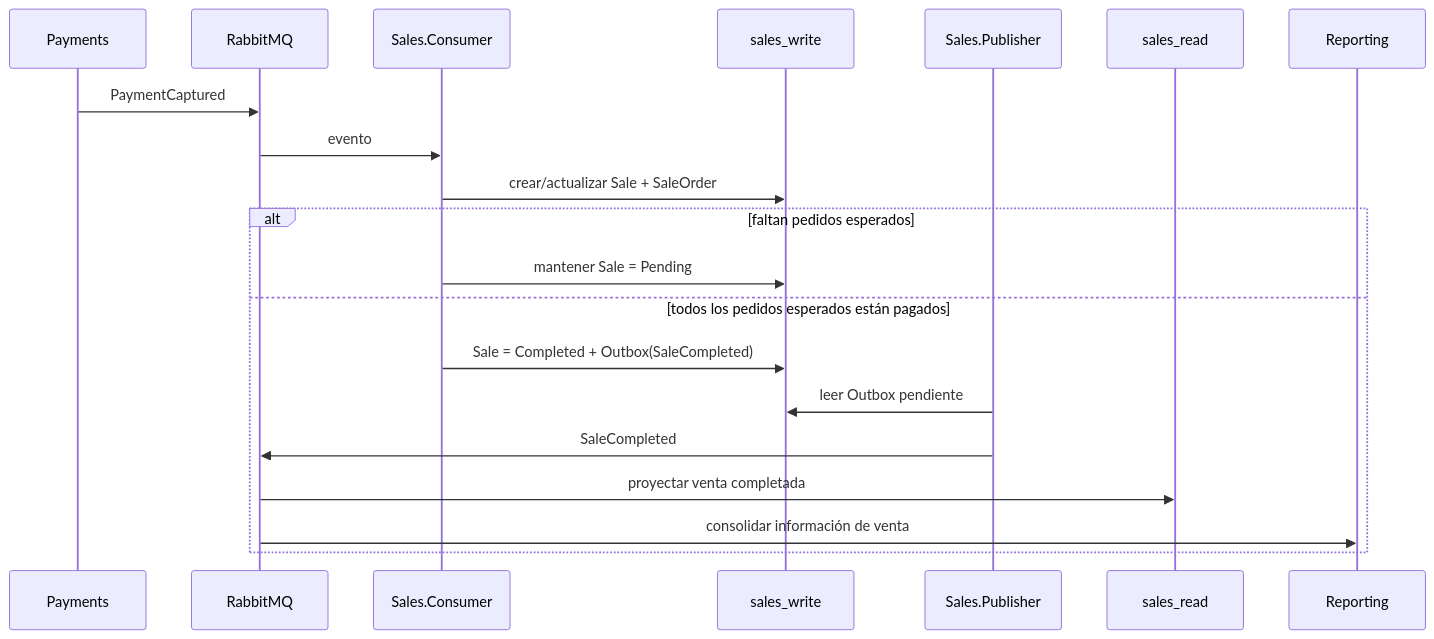
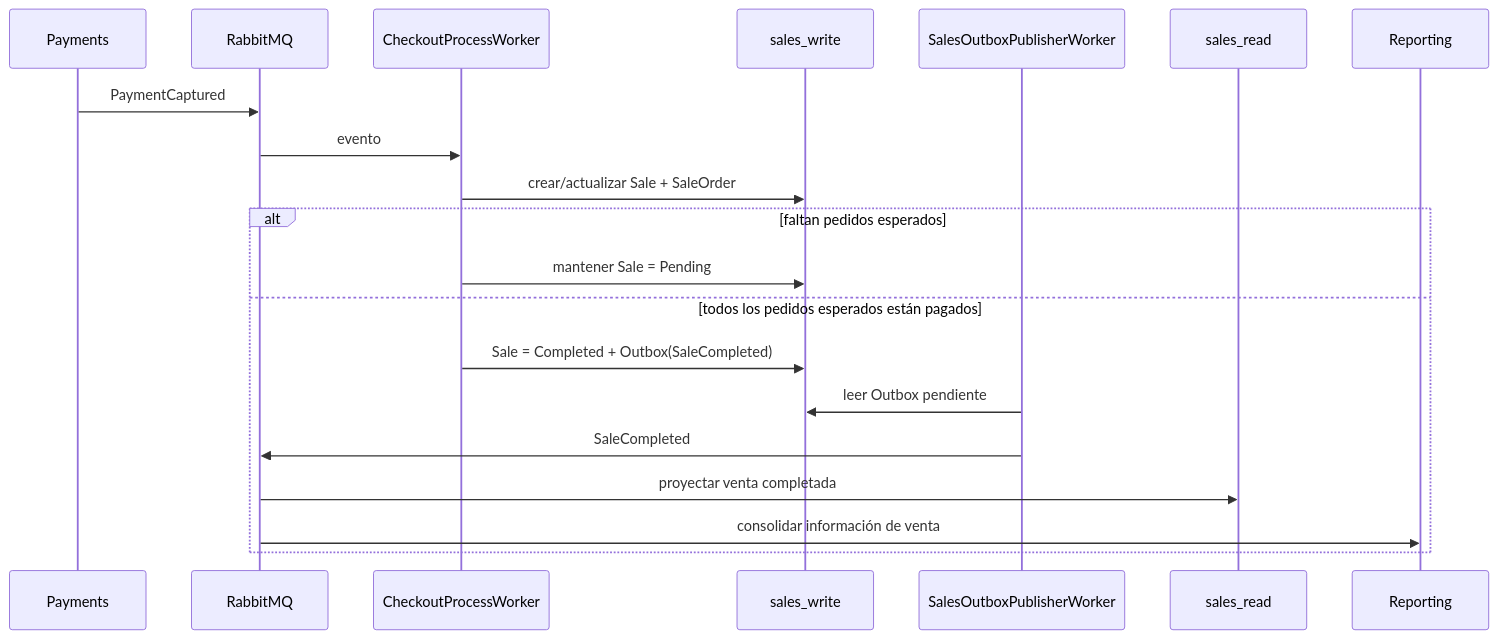
One commit to sergioocode/Restaurantes changed the third of 6 diagrams in docs/Sales.README.md. Above: the diagram before and after it, drawn with Mermaid. The commit also changed other lines of this file and 257 other files, not shown here.

````diff
--- a/docs/Sales.README.md
+++ b/docs/Sales.README.md
@@ -190,24 +186,24 @@
 ```mermaid
 sequenceDiagram
     participant Payments
     participant MQ as RabbitMQ
-    participant Consumer as Sales.Consumer
+    participant Consumer as CheckoutProcessWorker
     participant DB as sales_write
-    participant Publisher as Sales.Publisher
+    participant Publisher as SalesOutboxPublisherWorker
     participant Read as sales_read
     participant Reporting
 
     Payments->>MQ: PaymentCaptured
     MQ->>Consumer: evento
     Consumer->>DB: crear/actualizar Sale + SaleOrder
 
     alt faltan pedidos esperados
         Consumer->>DB: mantener Sale = Pending
     else todos los pedidos esperados están pagados
         Consumer->>DB: Sale = Completed + Outbox(SaleCompleted)
         Publisher->>DB: leer Outbox pendiente
         Publisher->>MQ: SaleCompleted
         MQ->>Read: proyectar venta completada
         MQ->>Reporting: consolidar información de venta
     end
 ```
````
